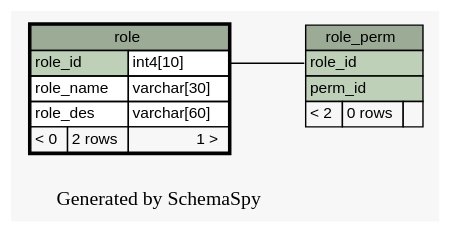
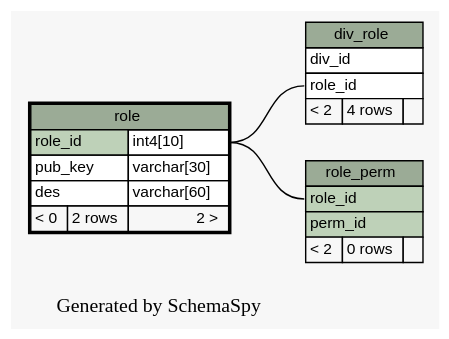
One commit to engineerscraft/salesforce changed the diagram in docs/database/schemaspy/graphs/role.1degree.dot. Above: the diagram before and after it, drawn with Graphviz. The commit also changed 206 other files, not shown here.

```diff
--- a/docs/database/schemaspy/graphs/role.1degree.dot
+++ b/docs/database/schemaspy/graphs/role.1degree.dot
@@ -1,41 +1,53 @@
 // dot 2.38.0 on Windows 7 6.1
 digraph "oneDegreeRelationshipsGraph" {
   graph [
     rankdir="RL"
     bgcolor="#f7f7f7"
     label="\nGenerated by SchemaSpy"
     labeljust="l"
   ];
   node [
     fontname="Helvetica"
     fontsize="11"
     shape="plaintext"
   ];
   edge [
     arrowsize="0.8"
   ];
+  "div_role":"role_id":w -> "role":"role_id.type":e [arrowtail=crowtee arrowhead=none];
   "role_perm":"role_id":w -> "role":"role_id.type":e [arrowtail=crowtee arrowhead=none];
+  "div_role" [
+    label=<
+    <TABLE BORDER="0" CELLBORDER="1" CELLSPACING="0" BGCOLOR="#ffffff">
+      <TR><TD PORT="div_role.heading" COLSPAN="3" BGCOLOR="#9bab96" ALIGN="CENTER">div_role</TD></TR>
+      <TR><TD PORT="div_id" COLSPAN="3" ALIGN="LEFT">div_id</TD></TR>
+      <TR><TD PORT="role_id" COLSPAN="3" ALIGN="LEFT">role_id</TD></TR>
+      <TR><TD ALIGN="LEFT" BGCOLOR="#f7f7f7">&lt; 2</TD><TD ALIGN="RIGHT" BGCOLOR="#f7f7f7">4 rows</TD><TD ALIGN="RIGHT" BGCOLOR="#f7f7f7">  </TD></TR>
+    </TABLE>>
+    URL="div_role.html#graph"
+    tooltip="div_role"
+  ];
   "role" [
     label=<
     <TABLE BORDER="2" CELLBORDER="1" CELLSPACING="0" BGCOLOR="#ffffff">
       <TR><TD PORT="role.heading" COLSPAN="3" BGCOLOR="#9bab96" ALIGN="CENTER">role</TD></TR>
       <TR><TD PORT="role_id" COLSPAN="2" BGCOLOR="#bed1b8" ALIGN="LEFT">role_id</TD><TD PORT="role_id.type" ALIGN="LEFT">int4[10]</TD></TR>
-      <TR><TD PORT="role_name" COLSPAN="2" ALIGN="LEFT">role_name</TD><TD PORT="role_name.type" ALIGN="LEFT">varchar[30]</TD></TR>
-      <TR><TD PORT="role_des" COLSPAN="2" ALIGN="LEFT">role_des</TD><TD PORT="role_des.type" ALIGN="LEFT">varchar[60]</TD></TR>
-      <TR><TD ALIGN="LEFT" BGCOLOR="#f7f7f7">&lt; 0</TD><TD ALIGN="RIGHT" BGCOLOR="#f7f7f7">2 rows</TD><TD ALIGN="RIGHT" BGCOLOR="#f7f7f7">1 &gt;</TD></TR>
+      <TR><TD PORT="pub_key" COLSPAN="2" ALIGN="LEFT">pub_key</TD><TD PORT="pub_key.type" ALIGN="LEFT">varchar[30]</TD></TR>
+      <TR><TD PORT="des" COLSPAN="2" ALIGN="LEFT">des</TD><TD PORT="des.type" ALIGN="LEFT">varchar[60]</TD></TR>
+      <TR><TD ALIGN="LEFT" BGCOLOR="#f7f7f7">&lt; 0</TD><TD ALIGN="RIGHT" BGCOLOR="#f7f7f7">2 rows</TD><TD ALIGN="RIGHT" BGCOLOR="#f7f7f7">2 &gt;</TD></TR>
     </TABLE>>
     URL="role.html#"
     tooltip="role"
   ];
   "role_perm" [
     label=<
     <TABLE BORDER="0" CELLBORDER="1" CELLSPACING="0" BGCOLOR="#ffffff">
       <TR><TD PORT="role_perm.heading" COLSPAN="3" BGCOLOR="#9bab96" ALIGN="CENTER">role_perm</TD></TR>
       <TR><TD PORT="role_id" COLSPAN="3" BGCOLOR="#bed1b8" ALIGN="LEFT">role_id</TD></TR>
       <TR><TD PORT="perm_id" COLSPAN="3" BGCOLOR="#bed1b8" ALIGN="LEFT">perm_id</TD></TR>
       <TR><TD ALIGN="LEFT" BGCOLOR="#f7f7f7">&lt; 2</TD><TD ALIGN="RIGHT" BGCOLOR="#f7f7f7">0 rows</TD><TD ALIGN="RIGHT" BGCOLOR="#f7f7f7">  </TD></TR>
     </TABLE>>
     URL="role_perm.html#graph"
     tooltip="role_perm"
   ];
 }
```
